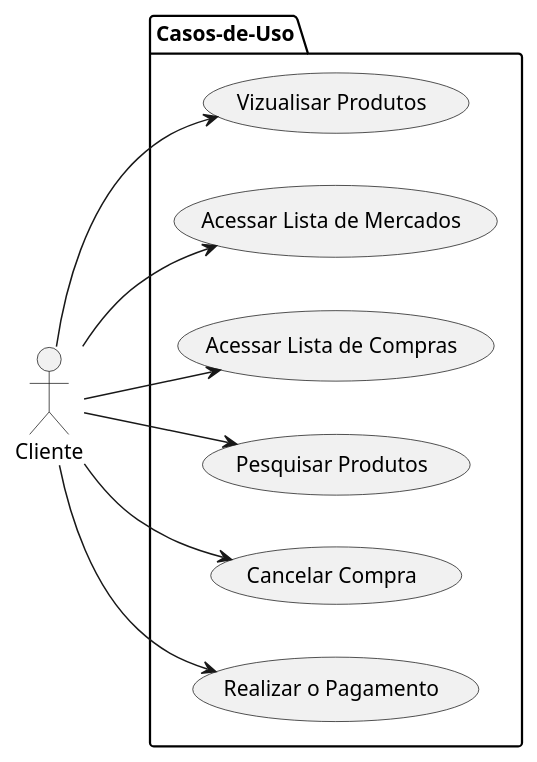
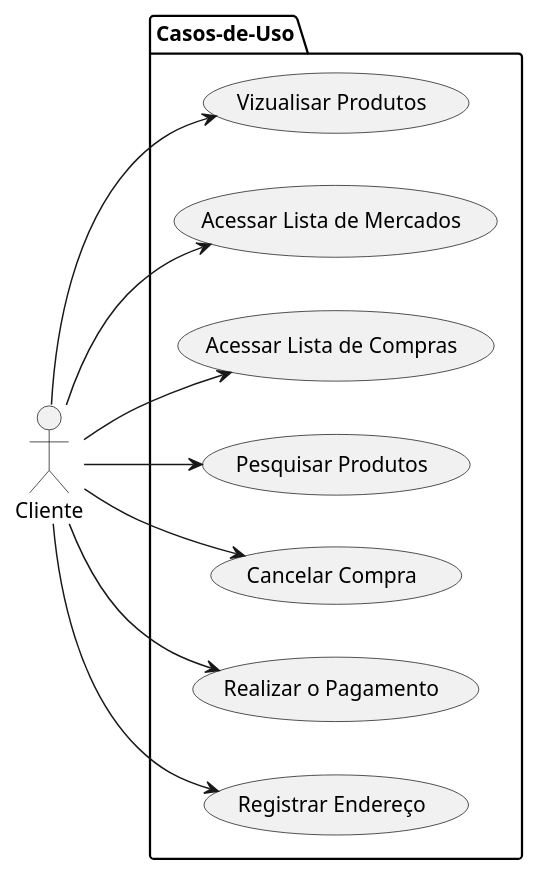
Before and after one commit to CarvGabriel/Projeto-Engenharia-de-Software-2: the diagram in docs/use-cases.puml, drawn with PlantUML.

Commit message:
update use cases

```diff
--- a/docs/use-cases.puml
+++ b/docs/use-cases.puml
@@ -1,18 +1,20 @@
 @startuml "use-cases"
 left to right direction
 actor Cliente as c
 package Casos-de-Uso{
   usecase "Vizualisar Produtos" as UC1
   usecase "Acessar Lista de Mercados" as UC2
   usecase "Acessar Lista de Compras" as UC3
   usecase "Pesquisar Produtos" as UC4
   usecase "Cancelar Compra" as UC5
   usecase "Realizar o Pagamento" as UC6
+  usecase "Registrar Endereço" as UC7
 }
 c --> UC1
 c --> UC2
 c --> UC3
 c --> UC4
 c --> UC5
 c --> UC6
+c --> UC7
 @enduml
```
